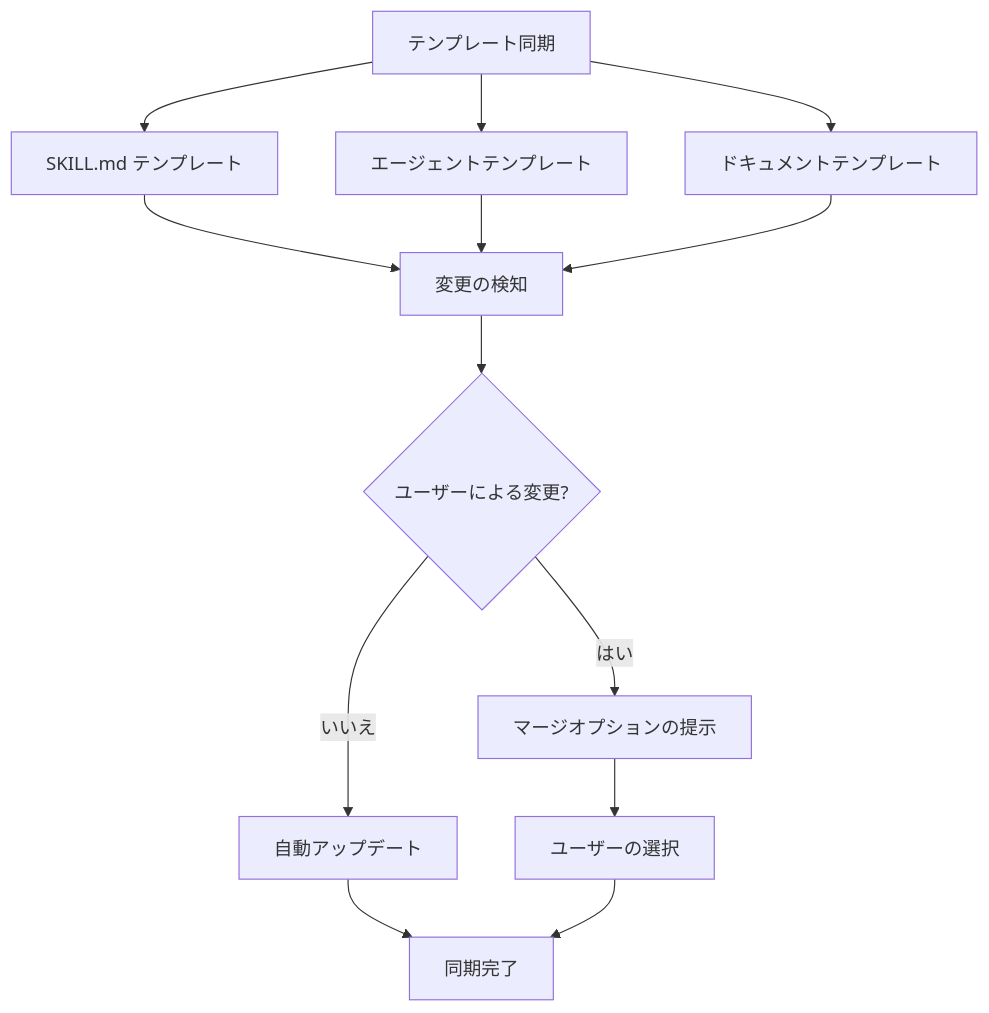
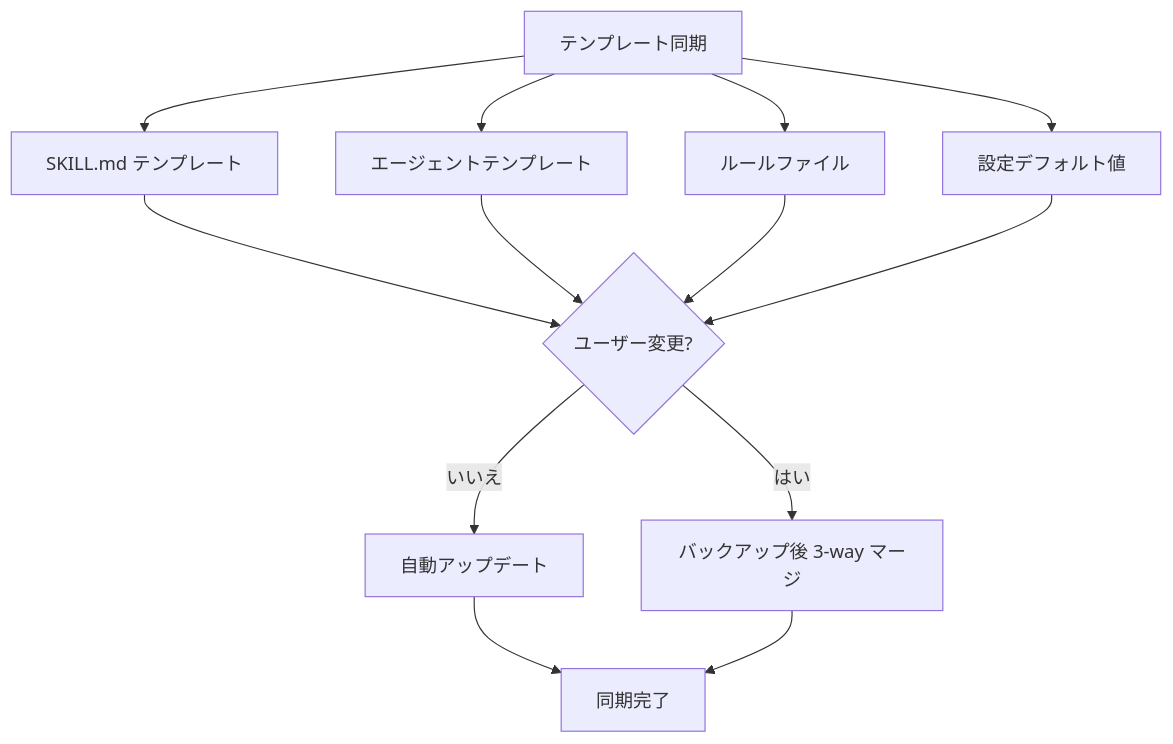
One commit to modu-ai/moai-adk changed the second of 2 diagrams in docs-site/content/ja/getting-started/update.md. Above: the diagram before and after it, drawn with Mermaid. The commit also changed other lines of this file and 180 other files, not shown here.

````diff
--- a/docs-site/content/ja/getting-started/update.md
+++ b/docs-site/content/ja/getting-started/update.md
@@ -166,19 +100,18 @@
 ```mermaid
 graph TD
-    A[テンプレート同期] --> B[SKILL.md テンプレート]
-    A --> C[エージェントテンプレート]
-    A --> D[ドキュメントテンプレート]
+    A["テンプレート同期"] --> B["SKILL.md テンプレート"]
+    A --> C["エージェントテンプレート"]
+    A --> D["ルールファイル"]
+    A --> E["設定デフォルト値"]
 
-    B --> E[変更の検知]
-    C --> E
-    D --> E
+    B --> F{"ユーザー変更?"}
+    C --> F
+    D --> F
+    E --> F
 
-    E --> F{ユーザーによる変更?}
+    F -->|"いいえ"| G["自動アップデート"]
+    F -->|"はい"| H["バックアップ後 3-way マージ"]
 
-    F -->|いいえ| G[自動アップデート]
-    F -->|はい| H[マージオプションの提示]
-
-    G --> I[同期完了]
-    H --> J[ユーザーの選択]
-    J --> I
+    G --> I["同期完了"]
+    H --> I
 ```
````
